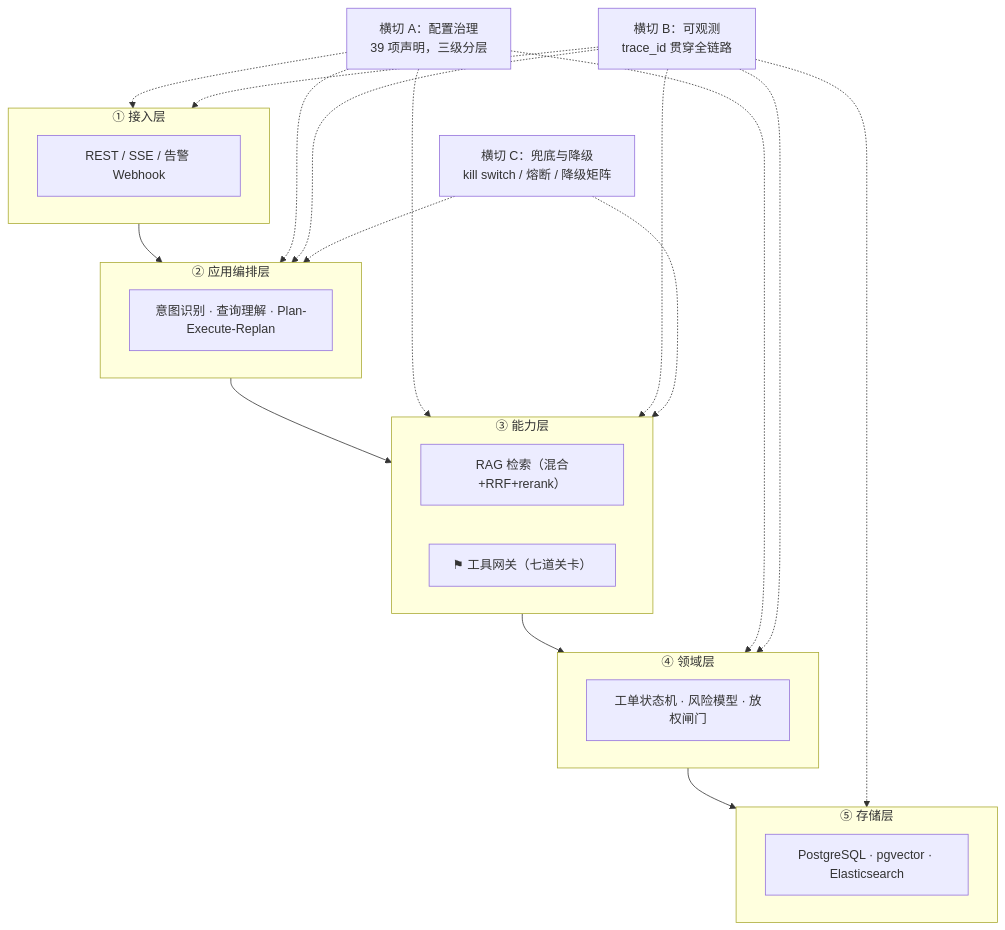
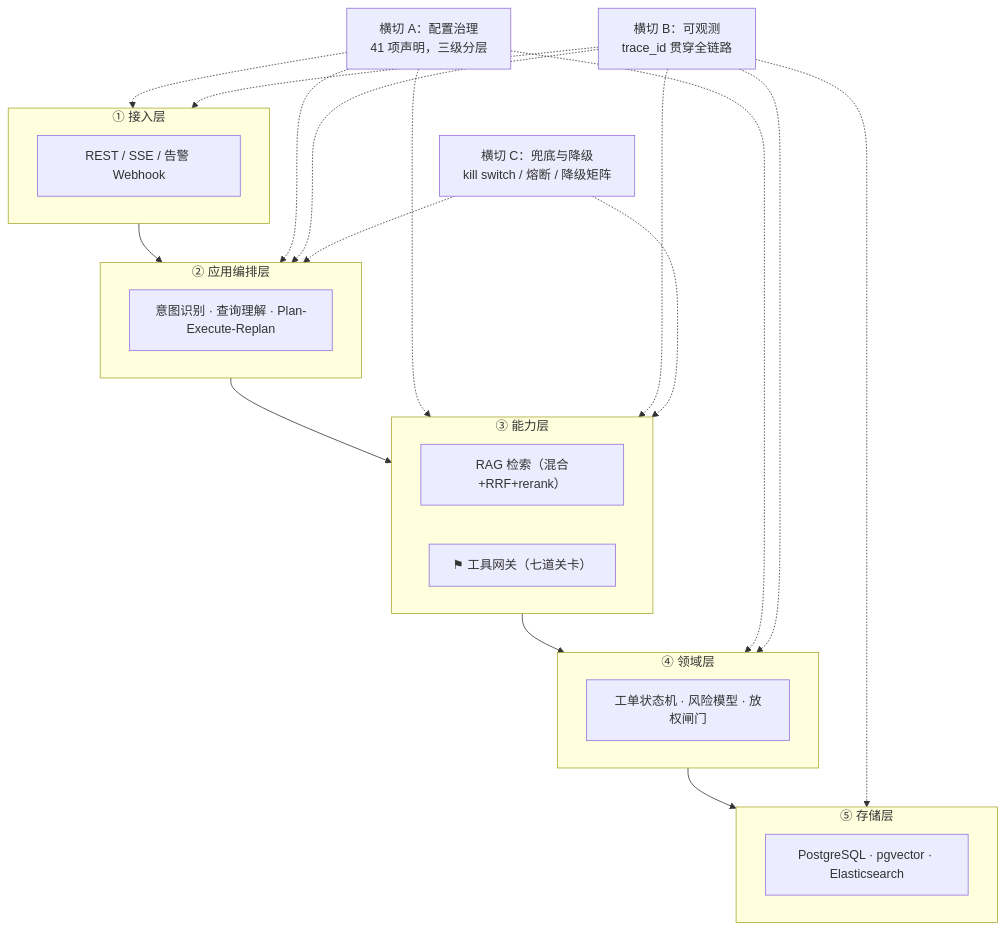
Before and after one commit to tough723/-agent-: the diagram in 项目落地度评估与分层设计.md, drawn with Mermaid. The commit also changed other lines of this file and 16 other files, not shown here.

````diff
--- a/项目落地度评估与分层设计.md
+++ b/项目落地度评估与分层设计.md
@@ -83,27 +83,27 @@
 ```mermaid
 flowchart TB
     subgraph L1["① 接入层"]
         A1["REST / SSE / 告警 Webhook"]
     end
     subgraph L2["② 应用编排层"]
         A2["意图识别 · 查询理解 · Plan-Execute-Replan"]
     end
     subgraph L3["③ 能力层"]
         A3["RAG 检索（混合+RRF+rerank）"]
         A4["⚑ 工具网关（七道关卡）"]
     end
     subgraph L4["④ 领域层"]
         A5["工单状态机 · 风险模型 · 放权闸门"]
     end
     subgraph L5["⑤ 存储层"]
         A6["PostgreSQL · pgvector · Elasticsearch"]
     end
-    X1["横切 A：配置治理<br/>39 项声明，三级分层"]
+    X1["横切 A：配置治理<br/>41 项声明，三级分层"]
     X2["横切 B：可观测<br/>trace_id 贯穿全链路"]
     X3["横切 C：兜底与降级<br/>kill switch / 熔断 / 降级矩阵"]
 
     L1 --> L2 --> L3 --> L4 --> L5
     X1 -.-> L1 & L2 & L3 & L4
     X2 -.-> L1 & L2 & L3 & L4 & L5
     X3 -.-> L2 & L3
 ```
````
